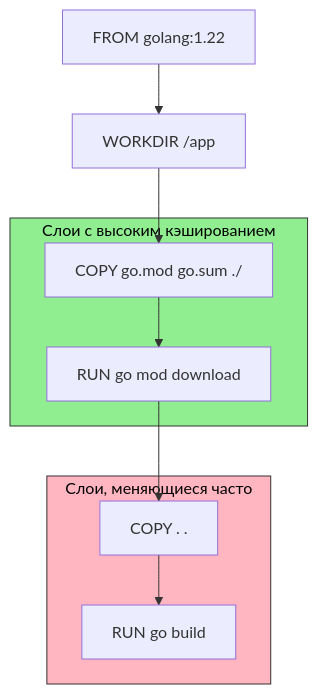
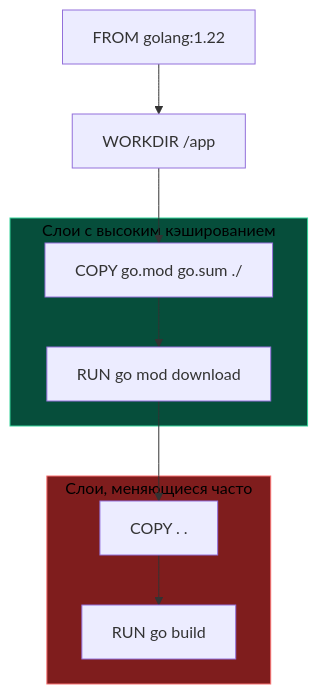
One commit to UnrealTemplier/go-textbook changed the diagram in sources/8. Инфраструктура языка, Тулинг и CI_CD/22. Docker. Основы для Go.md. Above: the diagram before and after it, drawn with Mermaid. The commit also changed 310 other files, not shown here.

First line of the commit message:
fix(mermaid): replace light fill colors with dark palette for readability on dark theme

````diff
--- a/sources/8. Инфраструктура языка, Тулинг и CI_CD/22. Docker. Основы для Go.md
+++ b/sources/8. Инфраструктура языка, Тулинг и CI_CD/22. Docker. Основы для Go.md
@@ -53,21 +53,21 @@
 ```mermaid
 flowchart TD
     A["FROM golang:1.22"] --> B["WORKDIR /app"]
     B --> C["COPY go.mod go.sum ./"]
     C --> D["RUN go mod download"]
     D --> E["COPY . ."]
     E --> F["RUN go build"]
     
     subgraph Cache ["Слои с высоким кэшированием"]
         C
         D
     end
     
     subgraph Frequent ["Слои, меняющиеся часто"]
         E
         F
     end
     
-    style Cache fill:#90EE90,stroke:#333,color:#000
-    style Frequent fill:#FFB6C1,stroke:#333,color:#000
+    style Cache fill:#064e3b,stroke:#34d399,color:#000
+    style Frequent fill:#7f1d1d,stroke:#f87171,color:#000
 ```
````
